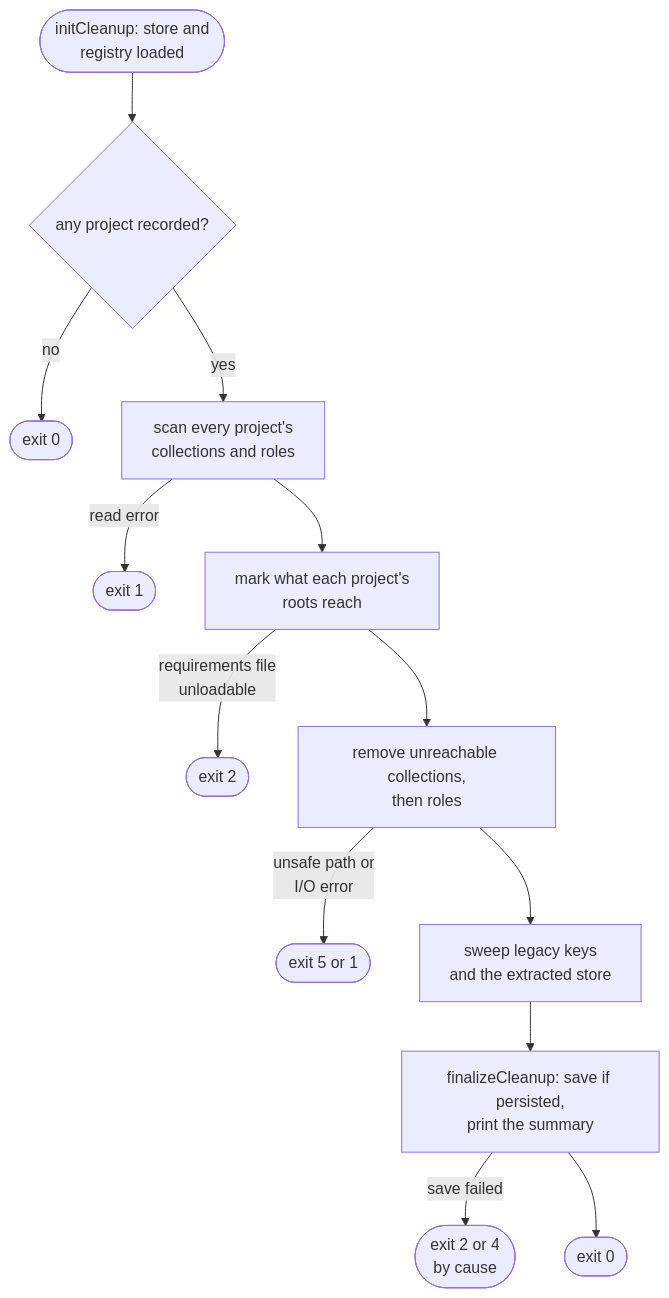
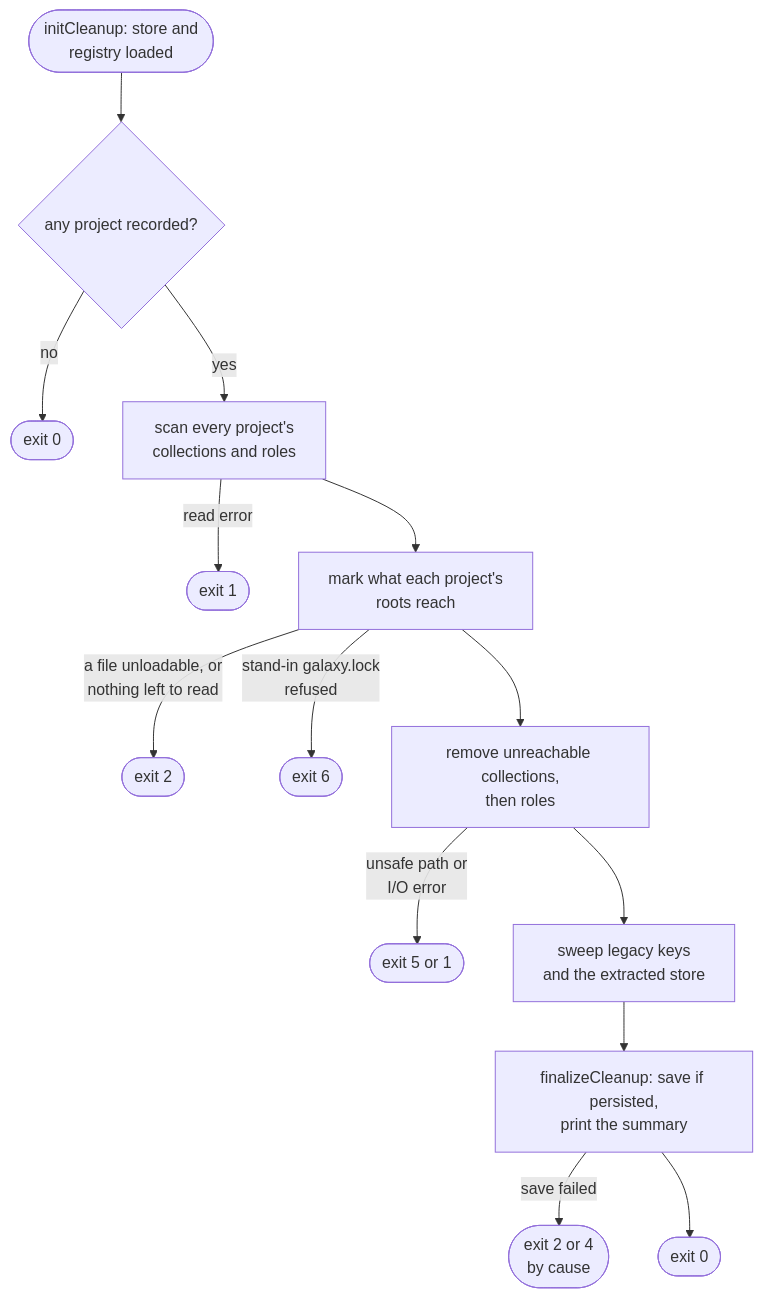
Before and after one commit to greeddj/go-galaxy: the first of 3 diagrams in docs/internals/flow-cleanup.md, drawn with Mermaid. The commit also changed other lines of this file and 15 other files, not shown here.

````diff
--- a/docs/internals/flow-cleanup.md
+++ b/docs/internals/flow-cleanup.md
@@ -10,15 +10,16 @@
 ```mermaid
 flowchart TD
     IN(["initCleanup: store and<br/>registry loaded"]) --> P{"any project recorded?"}
     P -->|"no"| X0(["exit 0"])
     P -->|"yes"| SC["scan every project's<br/>collections and roles"]
     SC -->|"read error"| X1(["exit 1"])
     SC --> RE["mark what each project's<br/>roots reach"]
-    RE -->|"requirements file<br/>unloadable"| X2R(["exit 2"])
+    RE -->|"a file unloadable, or<br/>nothing left to read"| X2R(["exit 2"])
+    RE -->|"stand-in galaxy.lock<br/>refused"| X6(["exit 6"])
     RE --> RM["remove unreachable collections,<br/>then roles"]
     RM -->|"unsafe path or<br/>I/O error"| XR(["exit 5 or 1"])
     RM --> SW["sweep legacy keys<br/>and the extracted store"]
     SW --> FN["finalizeCleanup: save if persisted,<br/>print the summary"]
     FN -->|"save failed"| XS(["exit 2 or 4<br/>by cause"])
     FN --> X0F(["exit 0"])
 ```
````
